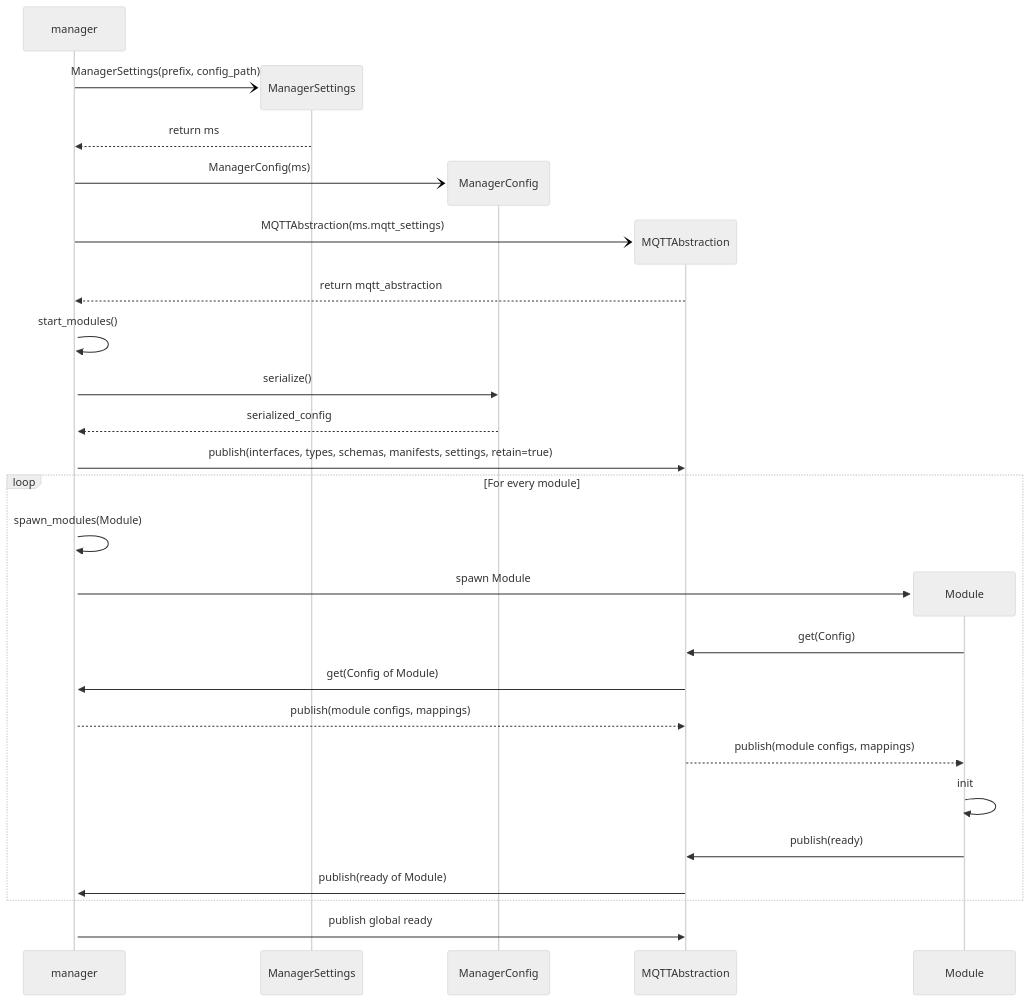
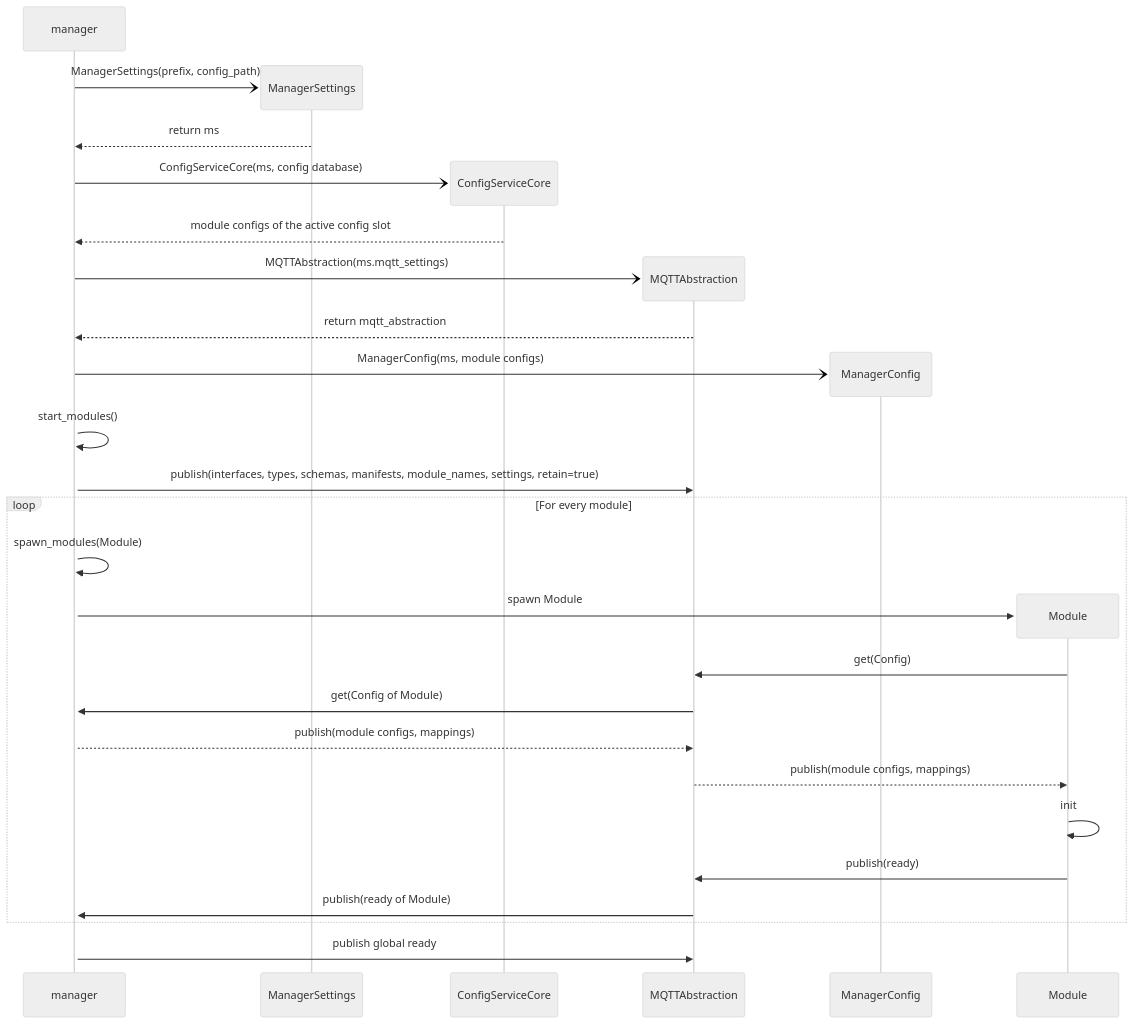
One commit to EVerest/EVerest changed the first of 2 diagrams in lib/everest/framework/docs/MQTTConfigDistribution.md. Above: the diagram before and after it, drawn with Mermaid (neutral theme). The commit also changed other lines of this file and 113 other files, not shown here.

````diff
--- a/lib/everest/framework/docs/MQTTConfigDistribution.md
+++ b/lib/everest/framework/docs/MQTTConfigDistribution.md
@@ -16,30 +23,31 @@
 ```mermaid
 sequenceDiagram
     create participant manager
     create participant ManagerSettings
     manager-)ManagerSettings: ManagerSettings(prefix, config_path)
     ManagerSettings-->>manager: return ms
-    create participant ManagerConfig
-    manager-)ManagerConfig: ManagerConfig(ms)
+    create participant ConfigServiceCore
+    manager-)ConfigServiceCore: ConfigServiceCore(ms, config database)
+    ConfigServiceCore-->>manager: module configs of the active config slot
     create participant MQTTAbstraction
     manager-)MQTTAbstraction: MQTTAbstraction(ms.mqtt_settings)
     MQTTAbstraction-->>manager: return mqtt_abstraction
+    create participant ManagerConfig
+    manager-)ManagerConfig: ManagerConfig(ms, module configs)
     activate manager
     manager->>manager: start_modules()
-    manager->>ManagerConfig: serialize()
-    ManagerConfig-->>manager: serialized_config
-    manager->>MQTTAbstraction: publish(interfaces, types, schemas, manifests, settings, retain=true)
+    manager->>MQTTAbstraction: publish(interfaces, types, schemas, manifests, module_names, settings, retain=true)
     loop For every module
         manager->>manager: spawn_modules(Module)
         create participant Module
         manager->>Module: spawn Module
         Module->>MQTTAbstraction: get(Config)
         MQTTAbstraction->>manager: get(Config of Module)
         manager-->>MQTTAbstraction: publish(module configs, mappings)
         MQTTAbstraction-->>Module: publish(module configs, mappings)
         Module->>Module: init
         Module->>MQTTAbstraction: publish(ready)
         MQTTAbstraction->>manager: publish(ready of Module)
     end
     manager->>MQTTAbstraction: publish global ready
 ```
````
